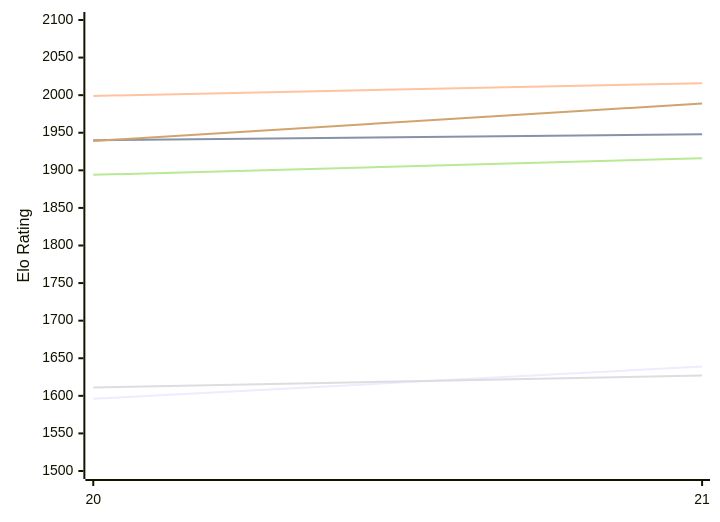
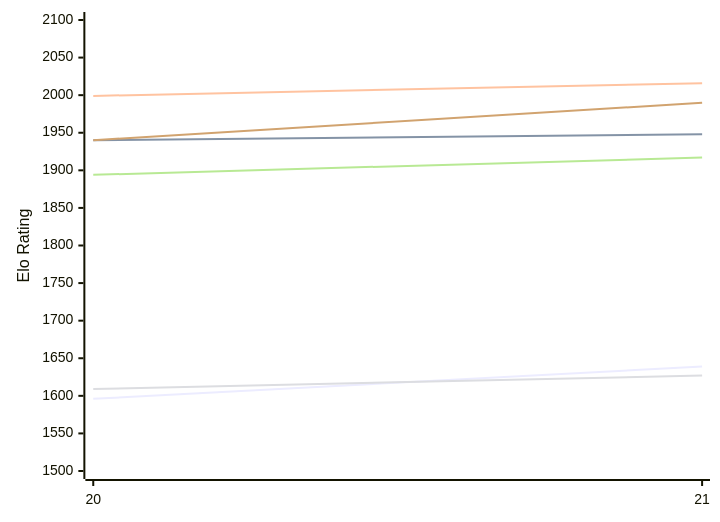
One commit to computer-chess-index/cci changed the first of 2 diagrams in engines/PurplePanda.md. Above: the diagram before and after it, drawn with Mermaid. The commit also changed other lines of this file, not shown here.

Commit message:
Update CCI Ratings (ELO VLTC) - 2026-11-27

````diff
--- a/engines/PurplePanda.md
+++ b/engines/PurplePanda.md
@@ -50,12 +50,12 @@
 ```mermaid
 %%{init: {"theme":"base","themeVariables":{"seriesColors:['#a3a3a3','#222221','#faa371']}}}%%
 xychart-beta
   x-axis ["20", "21"]
   y-axis "Elo Rating" 1500 --> 2100
   line "E1: STC (8.0+0.08s)" [1596, 1639]
   line "E1: LTC (60.0+0.60s)" [1940, 1948]
   line "E1: VLTC (2m24s+1.12s)" [1999, 2016]
-  line "P1: STC (8.0+0.08s)" [1611, 1627]
-  line "P1: LTC (60.0+0.60s)" [1894, 1916]
-  line "P1: VLTC (2m24s+1.12s)" [1939, 1989]
+  line "P1: STC (8.0+0.08s)" [1609, 1627]
+  line "P1: LTC (60.0+0.60s)" [1894, 1917]
+  line "P1: VLTC (2m24s+1.12s)" [1940, 1990]
 ```
````
